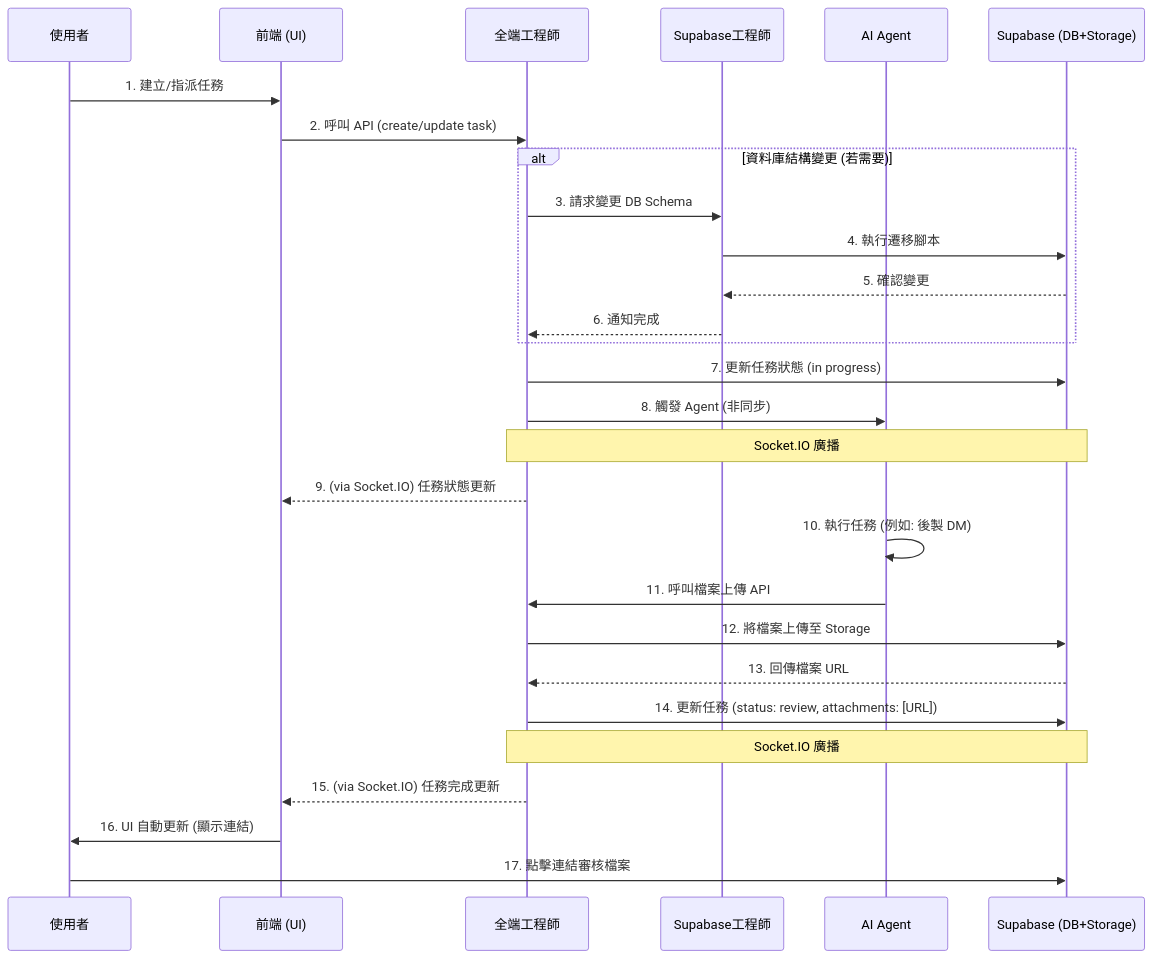
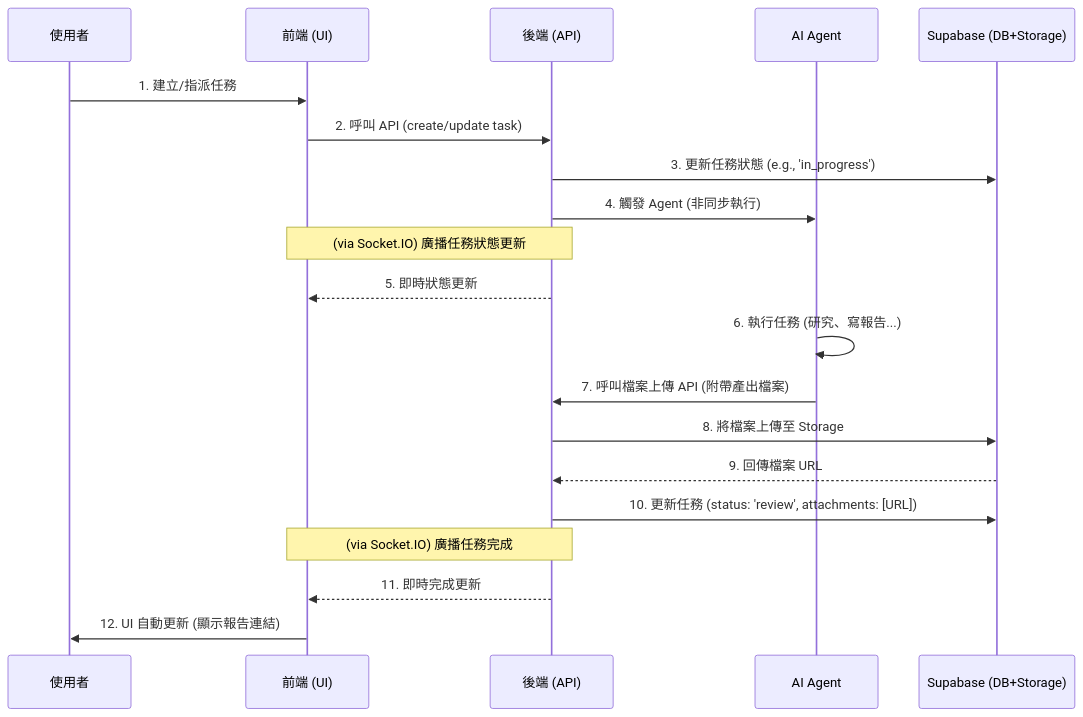
The second of 2 diagrams in TODO.md (info-vin/Archon), drawn with Mermaid before and after one commit. The commit also changed other lines of this file and 3 other files, not shown here.

First line of the commit message:
docs(roadmap): Refine use cases and update mock data

````diff
--- a/TODO.md
+++ b/TODO.md
@@ -97,39 +57,29 @@
 ```mermaid
 sequenceDiagram
     participant User as 使用者
     participant Frontend as 前端 (UI)
-    participant FullStack_Dev as 全端工程師
-    participant Supabase_Admin as Supabase工程師
+    participant Backend as 後端 (API)
     participant AI_Agent as AI Agent
     participant Supabase as Supabase (DB+Storage)
 
     User->>Frontend: 1. 建立/指派任務
-    Frontend->>FullStack_Dev: 2. 呼叫 API (create/update task)
+    Frontend->>Backend: 2. 呼叫 API (create/update task)
     
-    alt 資料庫結構變更 (若需要)
-        FullStack_Dev->>Supabase_Admin: 3. 請求變更 DB Schema
-        Supabase_Admin->>Supabase: 4. 執行遷移腳本
-        Supabase-->>Supabase_Admin: 5. 確認變更
-        Supabase_Admin-->>FullStack_Dev: 6. 通知完成
-    end
+    Backend->>Supabase: 3. 更新任務狀態 (e.g., 'in_progress')
+    Backend->>AI_Agent: 4. 觸發 Agent (非同步執行)
+    
+    Note over Backend, Frontend: (via Socket.IO) 廣播任務狀態更新
+    Backend-->>Frontend: 5. 即時狀態更新
+    
+    AI_Agent->>AI_Agent: 6. 執行任務 (研究、寫報告...)
+    AI_Agent->>Backend: 7. 呼叫檔案上傳 API (附帶產出檔案)
+    
+    Backend->>Supabase: 8. 將檔案上傳至 Storage
+    Supabase-->>Backend: 9. 回傳檔案 URL
 
-    FullStack_Dev->>Supabase: 7. 更新任務狀態 (in progress)
-    FullStack_Dev->>AI_Agent: 8. 觸發 Agent (非同步)
+    Backend->>Supabase: 10. 更新任務 (status: 'review', attachments: [URL])
     
-    Note over FullStack_Dev, Supabase: Socket.IO 廣播
-    FullStack_Dev-->>Frontend: 9. (via Socket.IO) 任務狀態更新
-
-    AI_Agent->>AI_Agent: 10. 執行任務 (例如: 後製 DM)
-    AI_Agent->>FullStack_Dev: 11. 呼叫檔案上傳 API
-    
-    FullStack_Dev->>Supabase: 12. 將檔案上傳至 Storage
-    Supabase-->>FullStack_Dev: 13. 回傳檔案 URL
-
-    FullStack_Dev->>Supabase: 14. 更新任務 (status: review, attachments: [URL])
-    
-    Note over FullStack_Dev, Supabase: Socket.IO 廣播
-    FullStack_Dev-->>Frontend: 15. (via Socket.IO) 任務完成更新
-
-    Frontend->>User: 16. UI 自動更新 (顯示連結)
-    User->>Supabase: 17. 點擊連結審核檔案
+    Note over Backend, Frontend: (via Socket.IO) 廣播任務完成
+    Backend-->>Frontend: 11. 即時完成更新
+    Frontend->>User: 12. UI 自動更新 (顯示報告連結)
 ```
````
